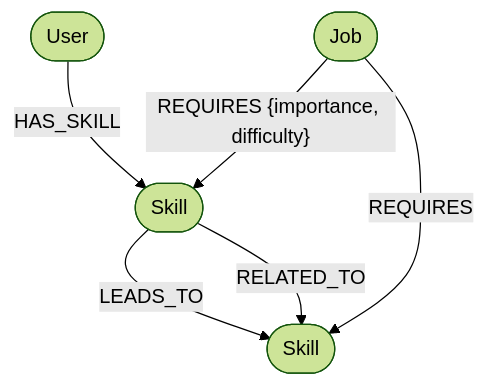
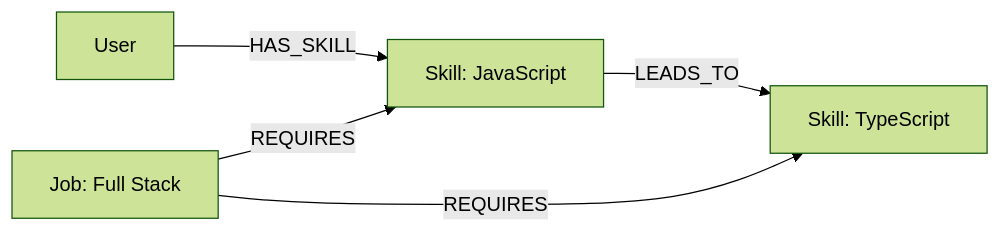
One commit to sravan99k/wexai changed the second of 2 diagrams in README.md. Above: the diagram before and after it, drawn with Mermaid (forest theme). The commit also changed other lines of this file and 5 other files, not shown here.

Commit message:
Final Architectural Polish: 2-hop graph traversal, N+1 query optimization, and extended seed data

````diff
--- a/README.md
+++ b/README.md
@@ -15,13 +24,7 @@
 ```mermaid
-graph TD
-    U([User])
-    S1([Skill])
-    S2([Skill])
-    J([Job])
-    
-    U -- HAS_SKILL --> S1
-    J -- REQUIRES {importance, difficulty} --> S1
-    J -- REQUIRES --> S2
-    S1 -- LEADS_TO --> S2
-    S1 -- RELATED_TO --> S2
+graph LR
+    U[User] -->|HAS_SKILL| S1[Skill: JavaScript]
+    S1 -->|LEADS_TO| S2[Skill: TypeScript]
+    J[Job: Full Stack] -->|REQUIRES| S1
+    J -->|REQUIRES| S2
 ```
````
